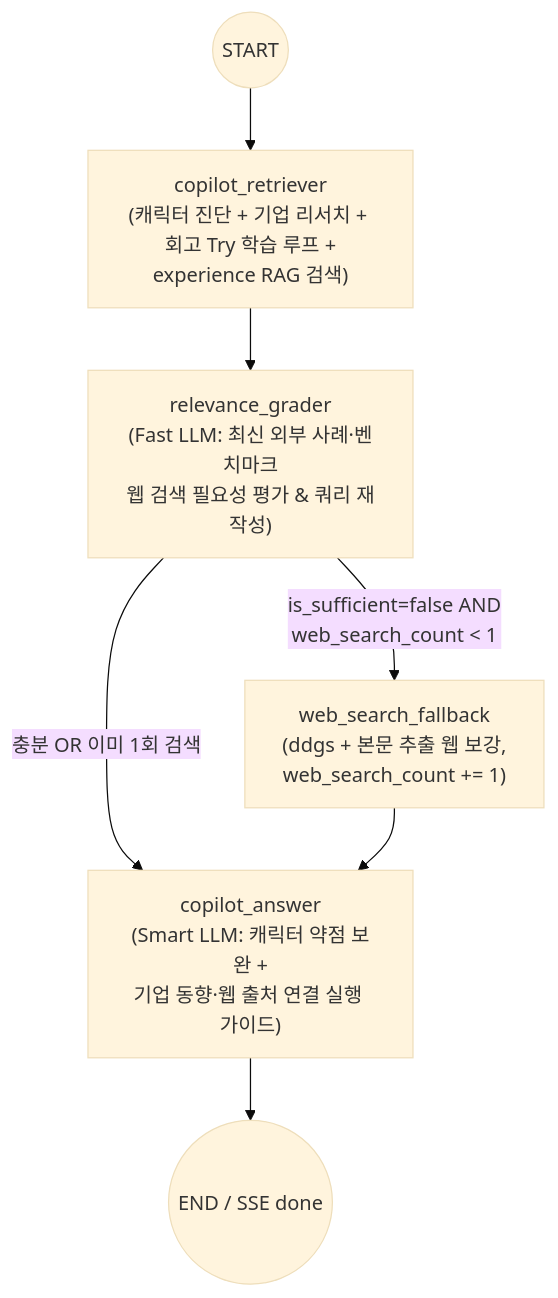
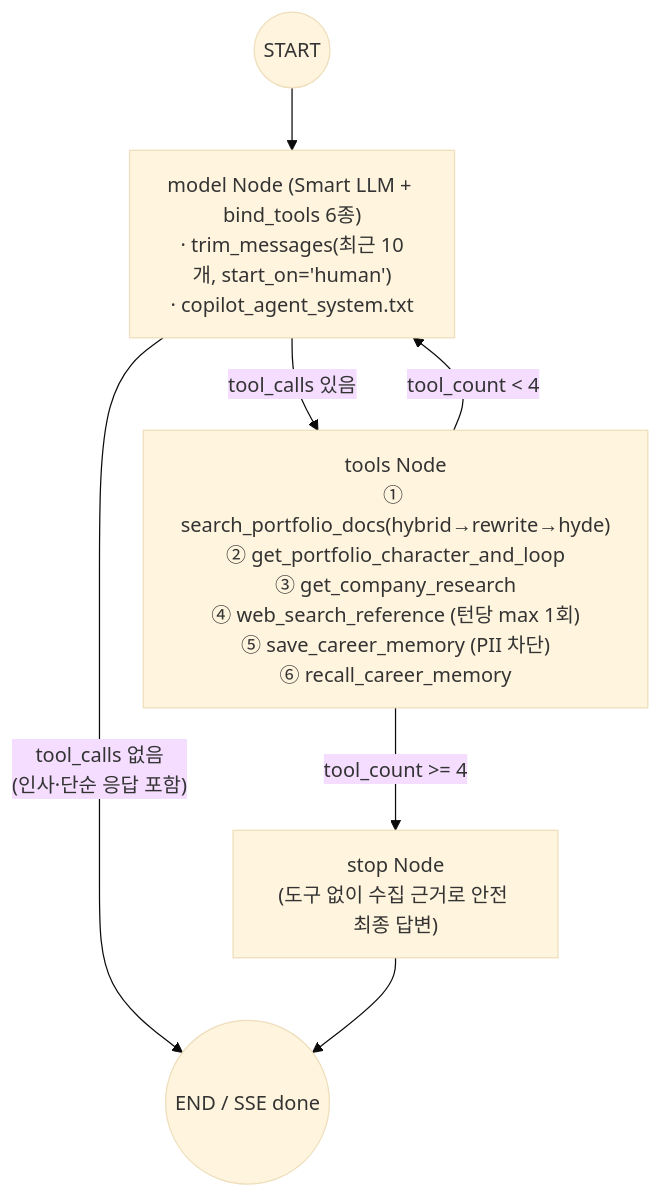
Before and after one commit to KASOP0306/write-on-vibe-lab: the fifth of 5 diagrams in WORKFLOWS.md, drawn with Mermaid (base theme). The commit also changed other lines of this file and 2 other files, not shown here.

Commit message:
docs: document full LLM, LangChain, LangGraph, RAG v2, and Loop A/B architecture inventory

````diff
--- a/WORKFLOWS.md
+++ b/WORKFLOWS.md
@@ -179,9 +124,9 @@
 ```mermaid
 flowchart TD
-    S((START)) --> RET["copilot_retriever\n(캐릭터 진단 + 기업 리서치 + 회고 Try 학습 루프 +\nexperience RAG 검색)"]
-    RET --> GRADE["relevance_grader\n(Fast LLM: 최신 외부 사례·벤치마크\n웹 검색 필요성 평가 & 쿼리 재작성)"]
-    GRADE -->|"is_sufficient=false AND\nweb_search_count < 1"| WEB["web_search_fallback\n(ddgs + 본문 추출 웹 보강,\nweb_search_count += 1)"]
-    GRADE -->|"충분 OR 이미 1회 검색"| ANS["copilot_answer\n(Smart LLM: 캐릭터 약점 보완 +\n기업 동향·웹 출처 연결 실행 가이드)"]
-    WEB --> ANS
-    ANS --> E((END / SSE done))
+    S((START)) --> M["model Node (Smart LLM + bind_tools 6종)\n· trim_messages(최근 10개, start_on='human')\n· copilot_agent_system.txt"]
+    M -->|"tool_calls 없음\n(인사·단순 응답 포함)"| E((END / SSE done))
+    M -->|"tool_calls 있음"| T["tools Node\n① search_portfolio_docs(hybrid→rewrite→hyde)\n② get_portfolio_character_and_loop\n③ get_company_research\n④ web_search_reference (턴당 max 1회)\n⑤ save_career_memory (PII 차단)\n⑥ recall_career_memory"]
+    T -->|"tool_count < 4"| M
+    T -->|"tool_count >= 4"| STOP["stop Node\n(도구 없이 수집 근거로 안전 최종 답변)"]
+    STOP --> E
 ```
````
